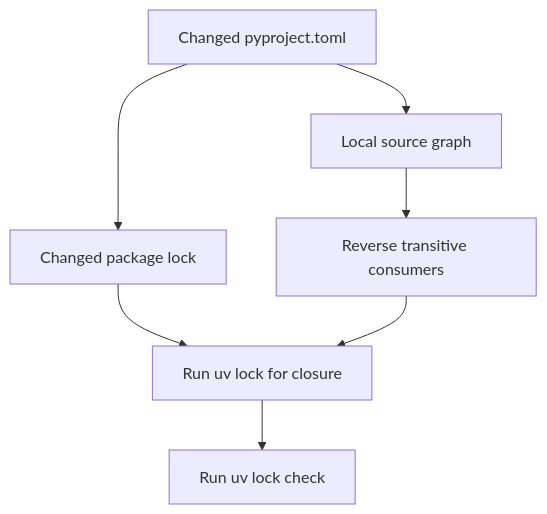
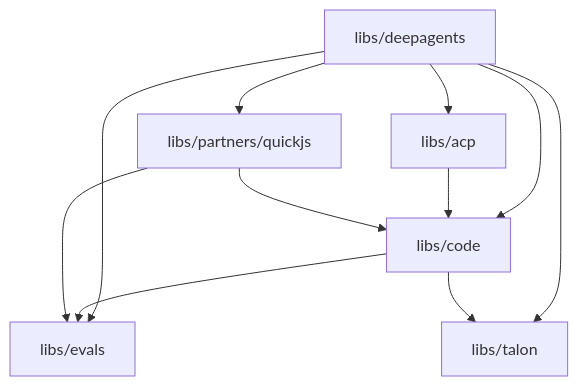
The first of 2 diagrams in openwiki/operations/development.md (langchain-ai/deepagents), drawn with Mermaid before and after one commit. The commit also changed other lines of this file and 23 other files, not shown here.

````diff
--- a/openwiki/operations/development.md
+++ b/openwiki/operations/development.md
@@ -85,9 +87,13 @@
 ```mermaid
 flowchart TD
-    Change["Changed pyproject.toml"] --> Owner["Changed package lock"]
-    Change --> Sources["Local source graph"]
-    Sources --> Consumers["Reverse transitive consumers"]
-    Owner --> Resolve["Run uv lock for closure"]
-    Consumers --> Resolve
-    Resolve --> Check["Run uv lock check"]
+    SDK["libs/deepagents"] --> ACP["libs/acp"]
+    SDK --> Code["libs/code"]
+    SDK --> Evals["libs/evals"]
+    SDK --> Talon["libs/talon"]
+    SDK --> QuickJS["libs/partners/quickjs"]
+    ACP --> Code
+    Code --> Evals
+    Code --> Talon
+    QuickJS --> Code
+    QuickJS --> Evals
 ```
````
